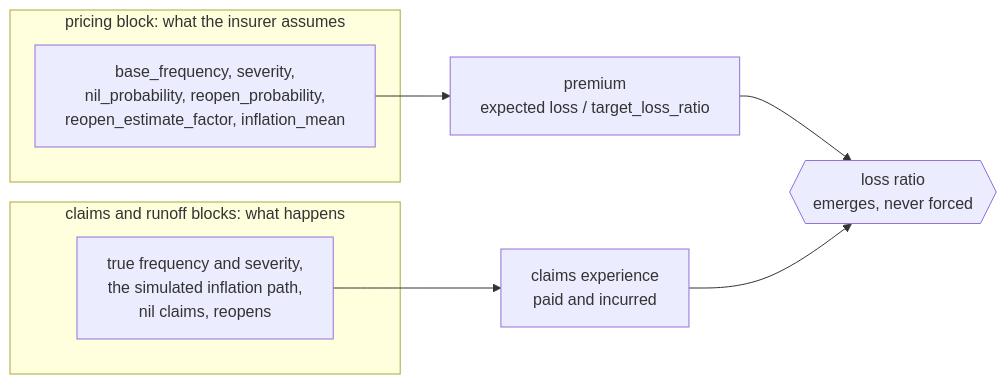
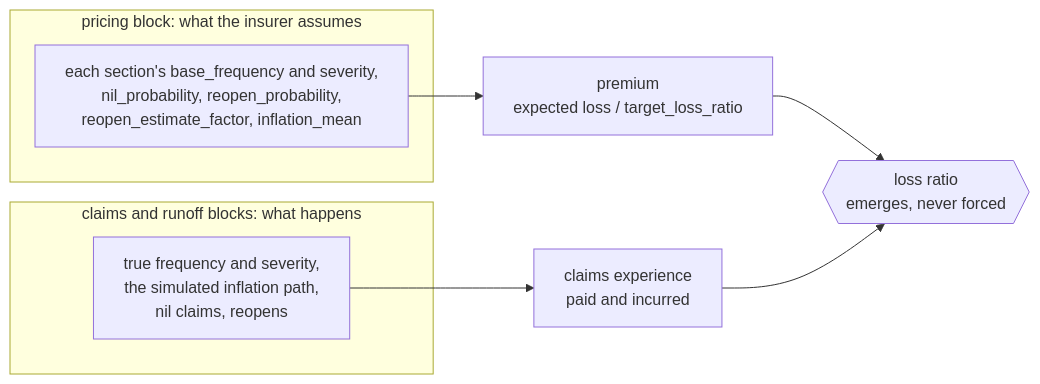
The second of 10 diagrams in README.md (le-marais/claims-data-generator), drawn with Mermaid before and after one commit. The commit also changed other lines of this file and 36 other files, not shown here.

````diff
--- a/README.md
+++ b/README.md
@@ -104,17 +104,17 @@
 ```mermaid
 %%{init: {"flowchart": {"wrappingWidth": 480}}}%%
 flowchart LR
     subgraph assumed["pricing block: what the insurer assumes"]
-        assumptions["base_frequency, severity,<br/>nil_probability, reopen_probability,<br/>reopen_estimate_factor, inflation_mean"]
+        assumptions["each section's base_frequency and severity,<br/>nil_probability, reopen_probability,<br/>reopen_estimate_factor, inflation_mean"]
     end
     subgraph actual["claims and runoff blocks: what happens"]
         truth["true frequency and severity,<br/>the simulated inflation path,<br/>nil claims, reopens"]
     end
     premium["premium<br/>expected loss / target_loss_ratio"]
     experience["claims experience<br/>paid and incurred"]
     lossRatio{{"loss ratio<br/>emerges, never forced"}}
     assumptions --> premium
     truth --> experience
     premium --> lossRatio
     experience --> lossRatio
 ```
````
